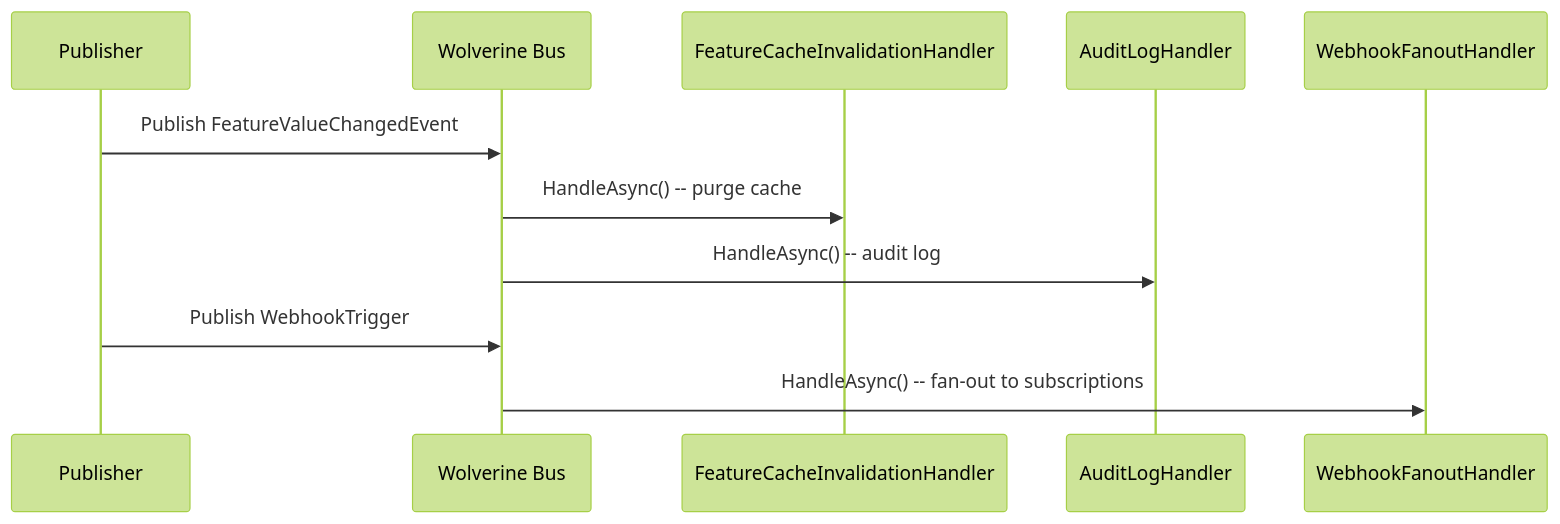
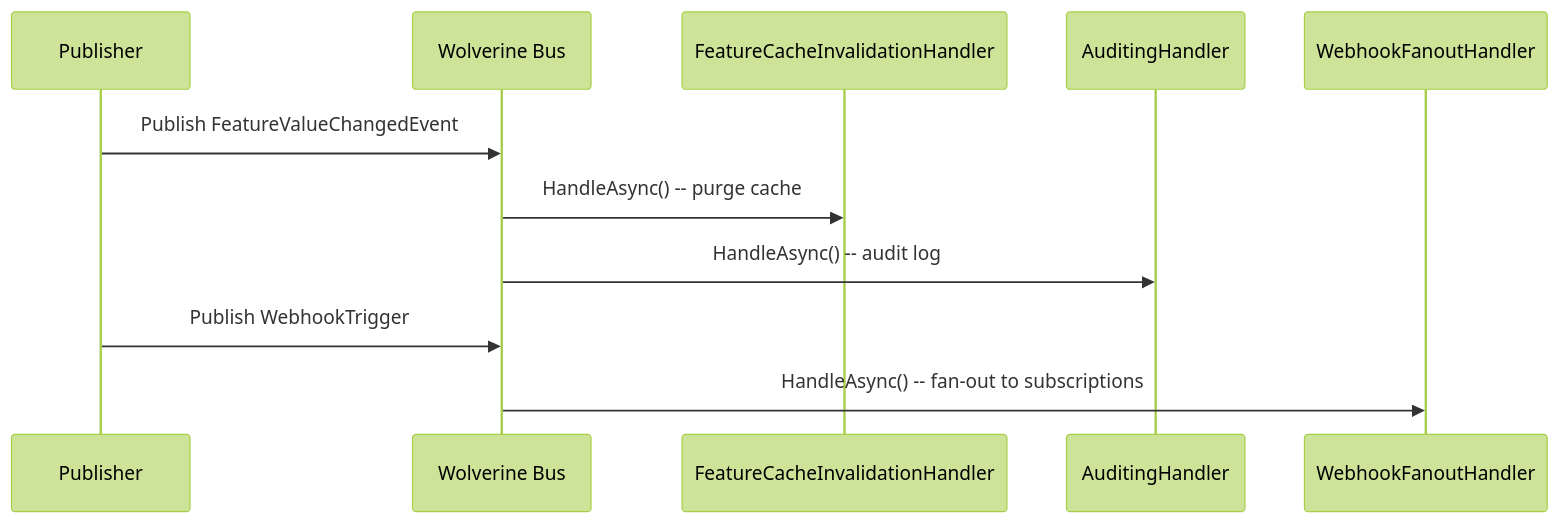
Before and after one commit to enraiz/granit-dotnet: the diagram in docs-site/src/content/docs/dotnet/architecture/patterns/observer-event.md, drawn with Mermaid (forest theme). The commit also changed other lines of this file and 326 other files, not shown here.

````diff
--- a/docs-site/src/content/docs/dotnet/architecture/patterns/observer-event.md
+++ b/docs-site/src/content/docs/dotnet/architecture/patterns/observer-event.md
@@ -19,15 +19,15 @@
 ```mermaid
 sequenceDiagram
     participant P as Publisher
     participant W as Wolverine Bus
     participant H1 as FeatureCacheInvalidationHandler
-    participant H2 as AuditLogHandler
+    participant H2 as AuditingHandler
     participant H3 as WebhookFanoutHandler
 
     P->>W: Publish FeatureValueChangedEvent
     W->>H1: HandleAsync() -- purge cache
     W->>H2: HandleAsync() -- audit log
 
     P->>W: Publish WebhookTrigger
     W->>H3: HandleAsync() -- fan-out to subscriptions
 ```
````
